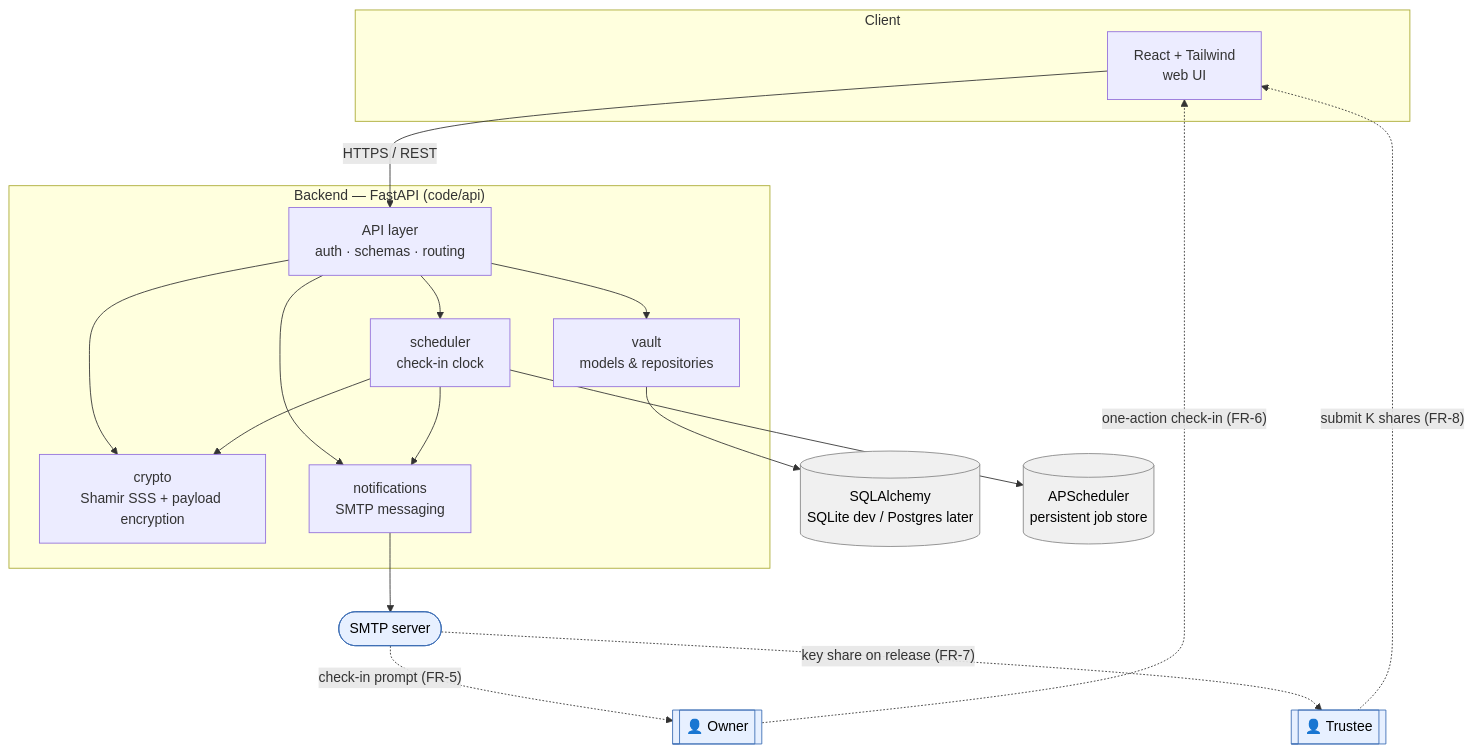
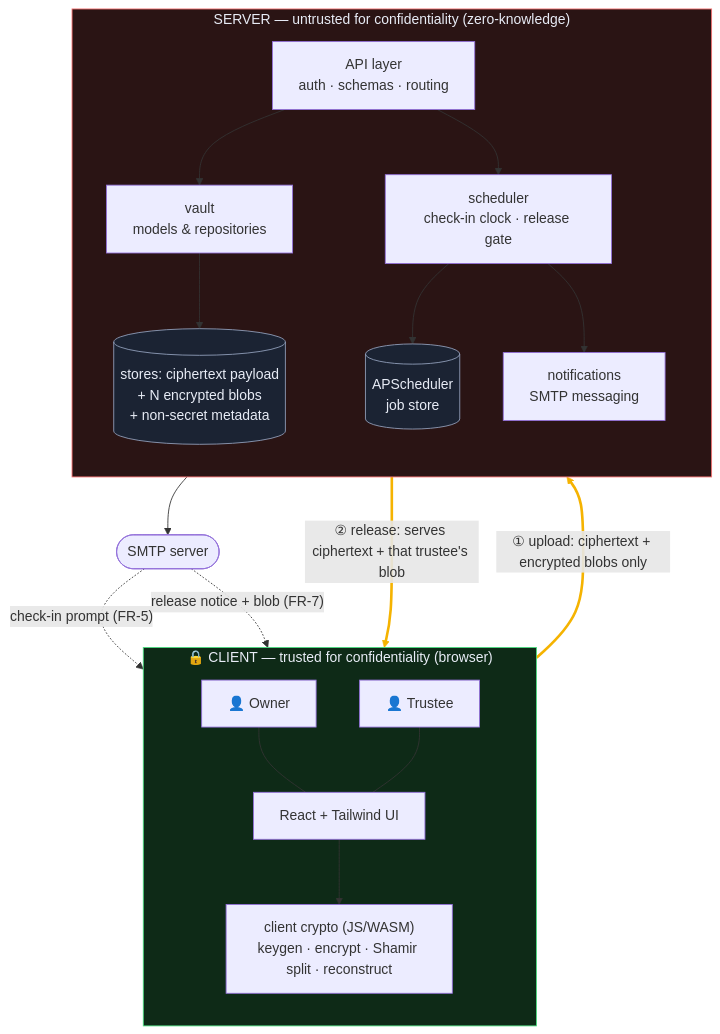
The diagram in docs/diagrams/architecture.md (Pratham-90/ucs503p-aegis), drawn with Mermaid before and after one commit. The commit also changed other lines of this file, not shown here.

First line of the commit message:
docs(architecture): show client/server trust boundary and design patterns

````diff
--- a/docs/diagrams/architecture.md
+++ b/docs/diagrams/architecture.md
@@ -7,42 +8,43 @@
 ```mermaid
 flowchart TB
-    subgraph client["Client"]
-        ui["React + Tailwind<br/>web UI"]
+    subgraph CLIENT["🔒 CLIENT — trusted for confidentiality (browser)"]
+        direction TB
+        owner["👤 Owner"]
+        trustee["👤 Trustee"]
+        ui["React + Tailwind UI"]
+        ccrypto["client crypto (JS/WASM)<br/>keygen · encrypt · Shamir split · reconstruct"]
+        owner --- ui
+        trustee --- ui
+        ui --> ccrypto
     end
 
-    subgraph backend["Backend — FastAPI (code/api)"]
+    subgraph SERVER["SERVER — untrusted for confidentiality (zero-knowledge)"]
+        direction TB
         api["API layer<br/>auth · schemas · routing"]
-        crypto["crypto<br/>Shamir SSS + payload encryption"]
-        scheduler["scheduler<br/>check-in clock"]
+        scheduler["scheduler<br/>check-in clock · release gate"]
         vault["vault<br/>models & repositories"]
         notif["notifications<br/>SMTP messaging"]
+        db[("stores: ciphertext payload<br/>+ N encrypted blobs<br/>+ non-secret metadata")]
+        jobs[("APScheduler<br/>job store")]
     end
+    smtp(["SMTP server"])
 
-    db[("SQLAlchemy<br/>SQLite dev / Postgres later")]
-    jobs[("APScheduler<br/>persistent job store")]
-    smtp(["SMTP server"])
-    owner[["👤 Owner"]]
-    trustee[["👤 Trustee"]]
-
-    ui -- "HTTPS / REST" --> api
-    api --> crypto
+    ccrypto -- "① upload: ciphertext + encrypted blobs only" --> api
+    api -- "② release: serves ciphertext + that trustee's blob" --> ui
     api --> vault
+    vault --> db
     api --> scheduler
-    api --> notif
-
     scheduler --> jobs
-    scheduler --> crypto
     scheduler --> notif
-    vault --> db
-
     notif --> smtp
     smtp -. "check-in prompt (FR-5)" .-> owner
-    smtp -. "key share on release (FR-7)" .-> trustee
-    owner -. "one-action check-in (FR-6)" .-> ui
-    trustee -. "submit K shares (FR-8)" .-> ui
+    smtp -. "release notice + blob (FR-7)" .-> trustee
 
-    classDef ext fill:#e7f0ff,stroke:#3b6db5,color:#000;
-    classDef store fill:#f0f0f0,stroke:#888,color:#000;
-    class smtp,owner,trustee ext;
+    classDef trusted fill:#0e2a17,stroke:#4ade80,color:#e8ecf6;
+    classDef untrusted fill:#2a1414,stroke:#f87171,color:#e8ecf6;
+    classDef store fill:#1b2333,stroke:#93a1bd,color:#e8ecf6;
+    class CLIENT trusted;
+    class SERVER untrusted;
     class db,jobs store;
+    linkStyle 3,4 stroke:#f5b301,stroke-width:3px;
 ```
````
